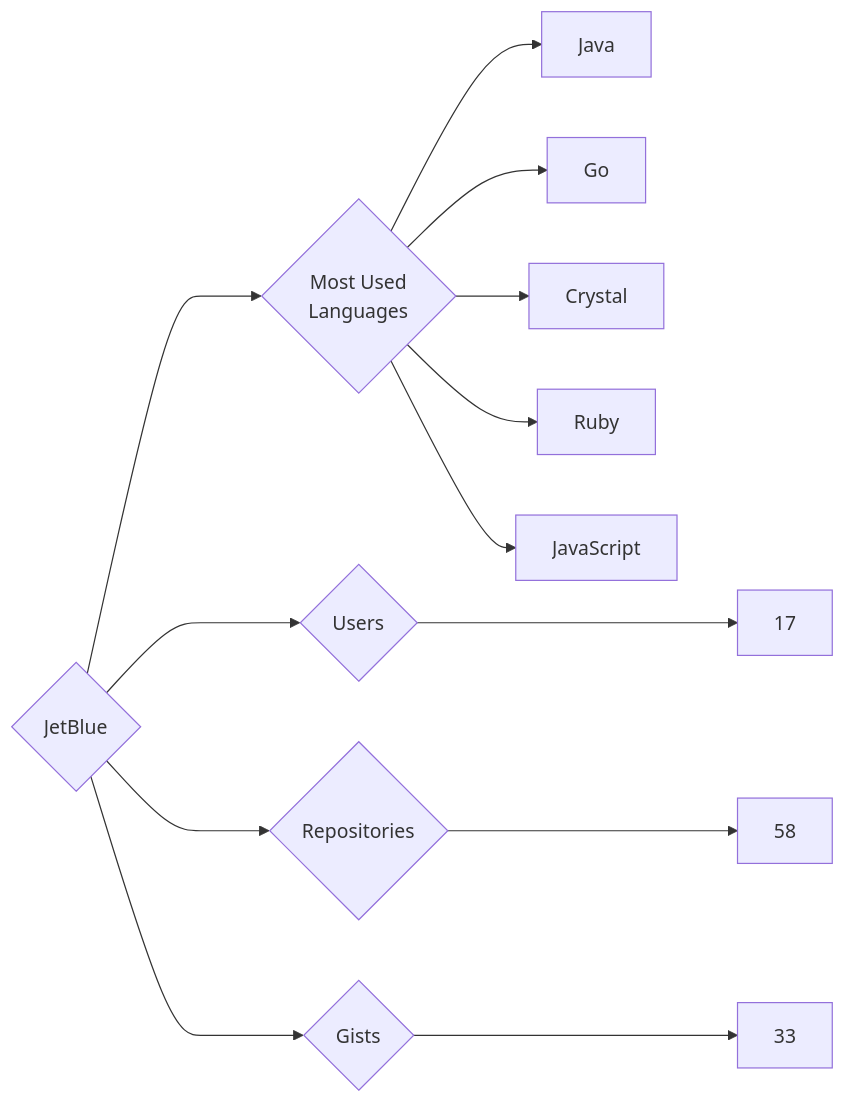
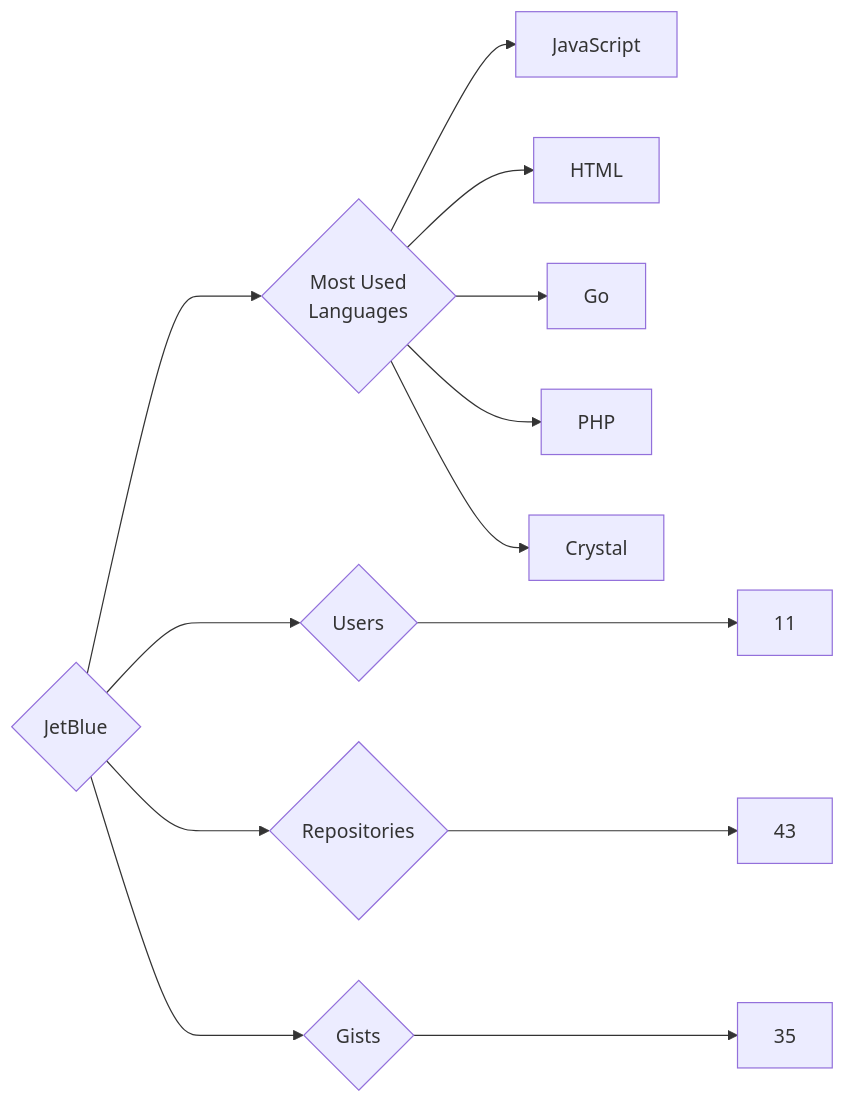
One commit to trickest/insiders changed the diagram in targets/JetBlue/README.md. Above: the diagram before and after it, drawn with Mermaid. The commit also changed 925 other files, not shown here.

````diff
--- a/targets/JetBlue/README.md
+++ b/targets/JetBlue/README.md
@@ -3,13 +3,13 @@
 ```mermaid
 graph LR
 COMPANY_NAME{JetBlue}
-COMPANY_NAME ---> U{Users} ---> UN[17]
-COMPANY_NAME ---> R{Repositories} ---> RN[58]
-COMPANY_NAME ---> G{Gists} ---> GN[33]
+COMPANY_NAME ---> U{Users} ---> UN[11]
+COMPANY_NAME ---> R{Repositories} ---> RN[43]
+COMPANY_NAME ---> G{Gists} ---> GN[35]
 COMPANY_NAME ---> ML{Most Used<br>Languages}
-ML --> Java[Java]
+ML --> JavaScript[JavaScript]
+ML --> HTML[HTML]
 ML --> Go[Go]
+ML --> PHP[PHP]
 ML --> Crystal[Crystal]
-ML --> Ruby[Ruby]
-ML --> JavaScript[JavaScript]
 ```
````
